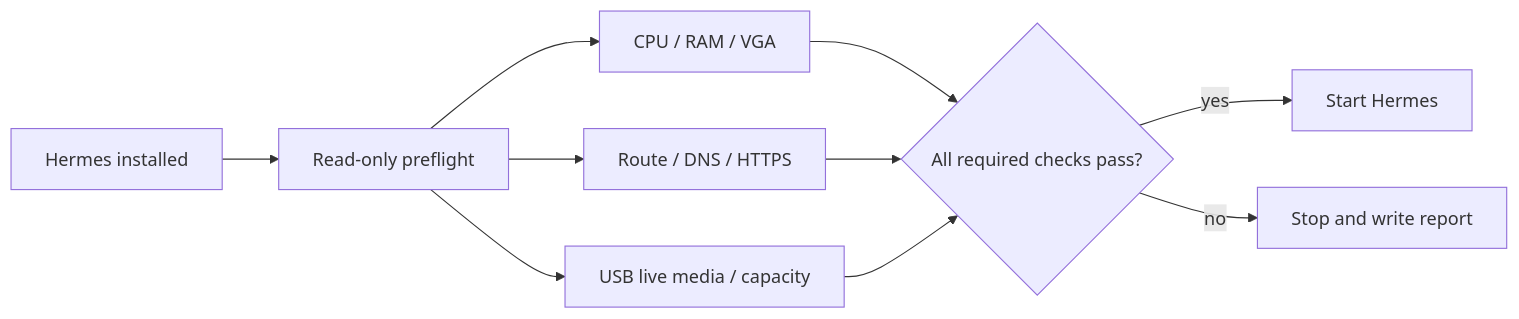
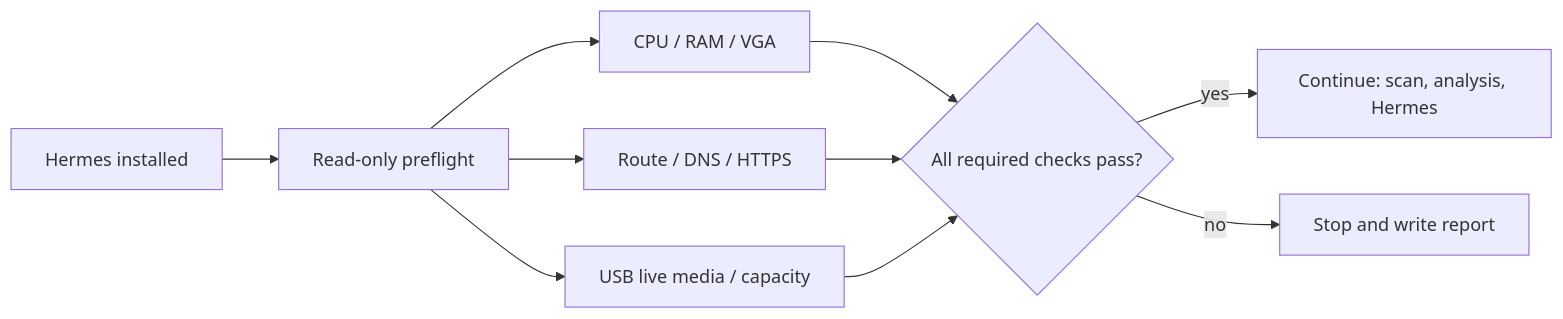
Before and after one commit to ahliweb/linux-mint-xfce-rescue-ai: the ninth of 16 diagrams in docs/design.md, drawn with Mermaid. The commit also changed other lines of this file and 1 other file, not shown here.

First line of the commit message:
docs: rewrite README (status table, quick starts) and design (whole-flow diagrams)

````diff
--- a/docs/design.md
+++ b/docs/design.md
@@ -92,12 +211,12 @@
 ```mermaid
 flowchart LR
     X[Hermes installed] --> P[Read-only preflight]
     P --> C[CPU / RAM / VGA]
     P --> N[Route / DNS / HTTPS]
     P --> U[USB live media / capacity]
     C --> D{All required checks pass?}
     N --> D
     U --> D
-    D -- yes --> H[Start Hermes]
+    D -- yes --> H[Continue: scan, analysis, Hermes]
     D -- no --> R[Stop and write report]
 ```
````
